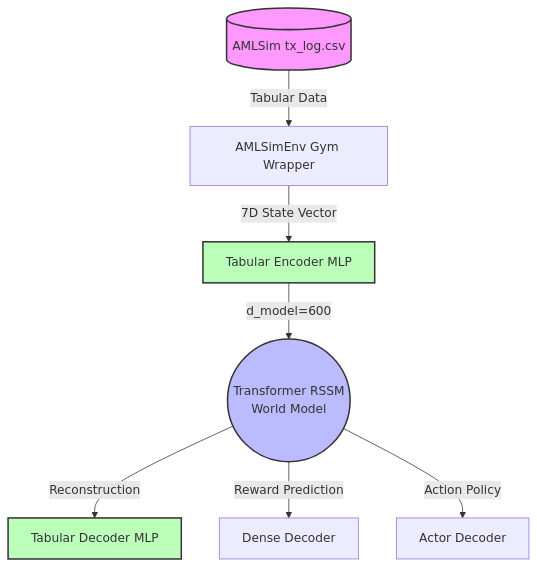
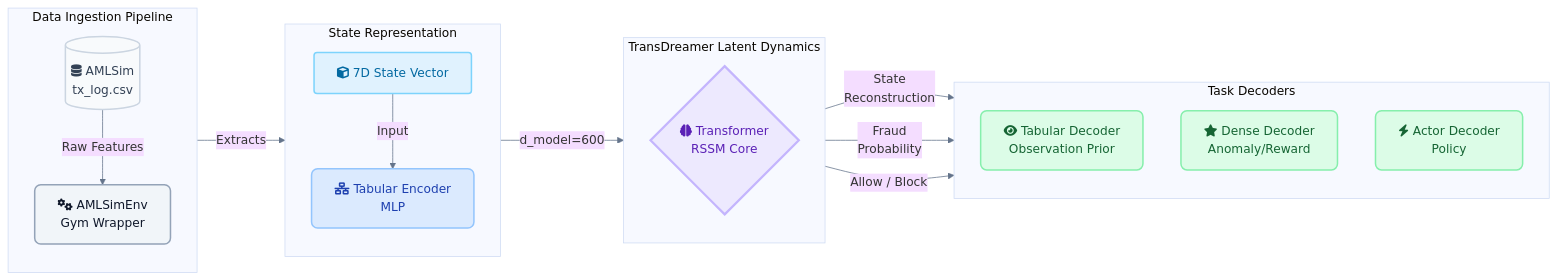
One commit to shubhamgupta407/TransDreamer-PaySim changed the diagram in README.md. Above: the diagram before and after it, drawn with Mermaid.

Commit message:
Update README with professional bespoke architecture diagram

````diff
--- a/README.md
+++ b/README.md
@@ -7,15 +7,47 @@
 ```mermaid
-graph TD
-    A[(AMLSim tx_log.csv)] -->|Tabular Data| B[AMLSimEnv Gym Wrapper]
-    B -->|7D State Vector| C[Tabular Encoder MLP]
-    C -->|d_model=600| D((Transformer RSSM\nWorld Model))
-    
-    D -->|Reconstruction| E[Tabular Decoder MLP]
-    D -->|Reward Prediction| F[Dense Decoder]
-    D -->|Action Policy| G[Actor Decoder]
-    
-    style A fill:#f9f,stroke:#333,stroke-width:2px
-    style D fill:#bbf,stroke:#333,stroke-width:2px
-    style C fill:#bfb,stroke:#333,stroke-width:2px
-    style E fill:#bfb,stroke:#333,stroke-width:2px
+%%{init: {'theme': 'base', 'themeVariables': { 'fontFamily': 'Inter, sans-serif', 'lineColor': '#64748b' }}}%%
+flowchart LR
+    %% Data Pipeline Subgraph
+    subgraph Data [Data Ingestion Pipeline]
+        direction TB
+        DB[(fa:fa-database AMLSim \ntx_log.csv)]:::database
+        Env[fa:fa-cogs AMLSimEnv \nGym Wrapper]:::component
+        DB -->|Raw Features| Env
+    end
+
+    %% State Representation Subgraph
+    subgraph Encoder [State Representation]
+        direction TB
+        State[fa:fa-cube 7D State Vector]:::tensor
+        TabEnc[fa:fa-network-wired Tabular Encoder \nMLP]:::neuralnet
+        Env -->|Extracts| State
+        State -->|Input| TabEnc
+    end
+
+    %% World Model Subgraph
+    subgraph WM [TransDreamer Latent Dynamics]
+        direction TB
+        RSSM{fa:fa-brain Transformer \nRSSM Core}:::core
+        TabEnc -->|d_model=600| RSSM
+    end
+
+    %% Decoders Subgraph
+    subgraph Decoders [Task Decoders]
+        direction TB
+        Rec[fa:fa-eye Tabular Decoder \n Observation Prior]:::decoder
+        Rew[fa:fa-star Dense Decoder \n Anomaly/Reward]:::decoder
+        Act[fa:fa-bolt Actor Decoder \n Policy]:::decoder
+        
+        RSSM -->|State \n Reconstruction| Rec
+        RSSM -->|Fraud \n Probability| Rew
+        RSSM -->|Allow / Block| Act
+    end
+
+    %% Styling Classes
+    classDef database fill:#f8fafc,stroke:#cbd5e1,stroke-width:2px,color:#334155;
+    classDef component fill:#f1f5f9,stroke:#94a3b8,stroke-width:2px,color:#0f172a,rx:8,ry:8;
+    classDef tensor fill:#e0f2fe,stroke:#7dd3fc,stroke-width:2px,color:#0369a1,rx:4,ry:4;
+    classDef neuralnet fill:#dbeafe,stroke:#93c5fd,stroke-width:2px,color:#1e40af,rx:8,ry:8;
+    classDef core fill:#ede9fe,stroke:#c4b5fd,stroke-width:3px,color:#5b21b6;
+    classDef decoder fill:#dcfce7,stroke:#86efac,stroke-width:2px,color:#166534,rx:8,ry:8;
 ```
````
